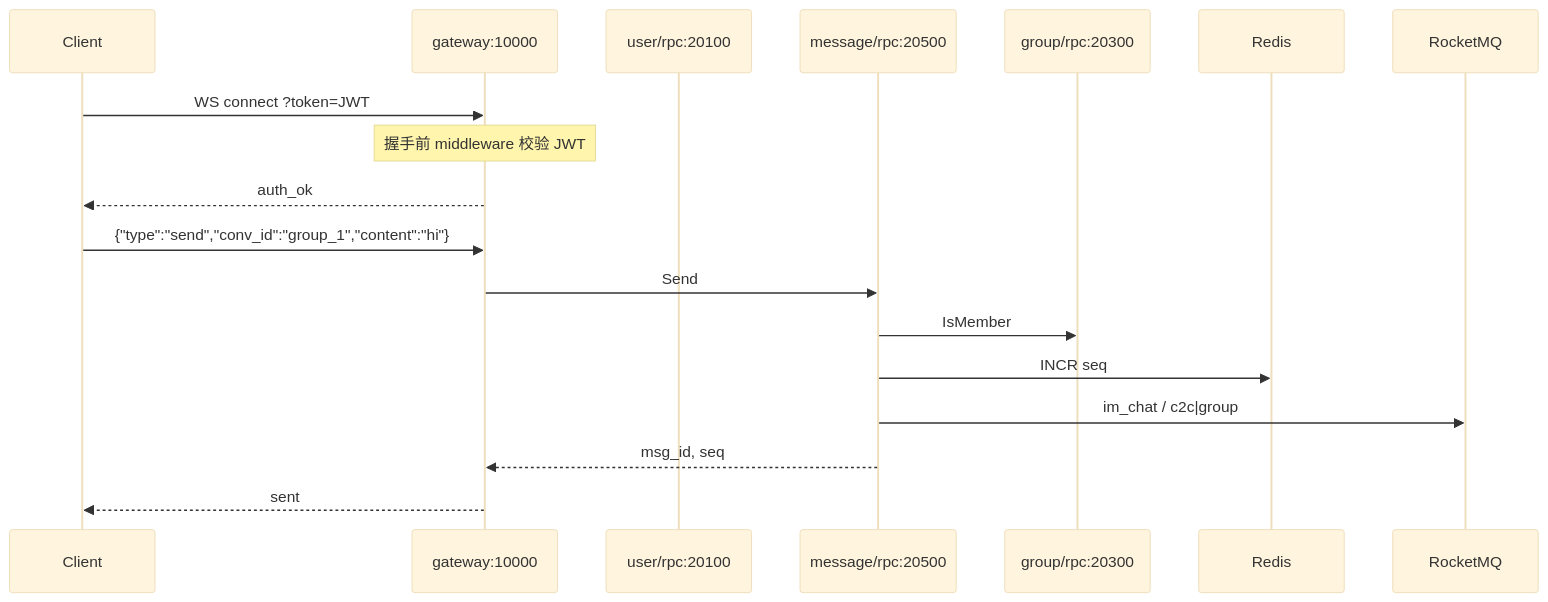
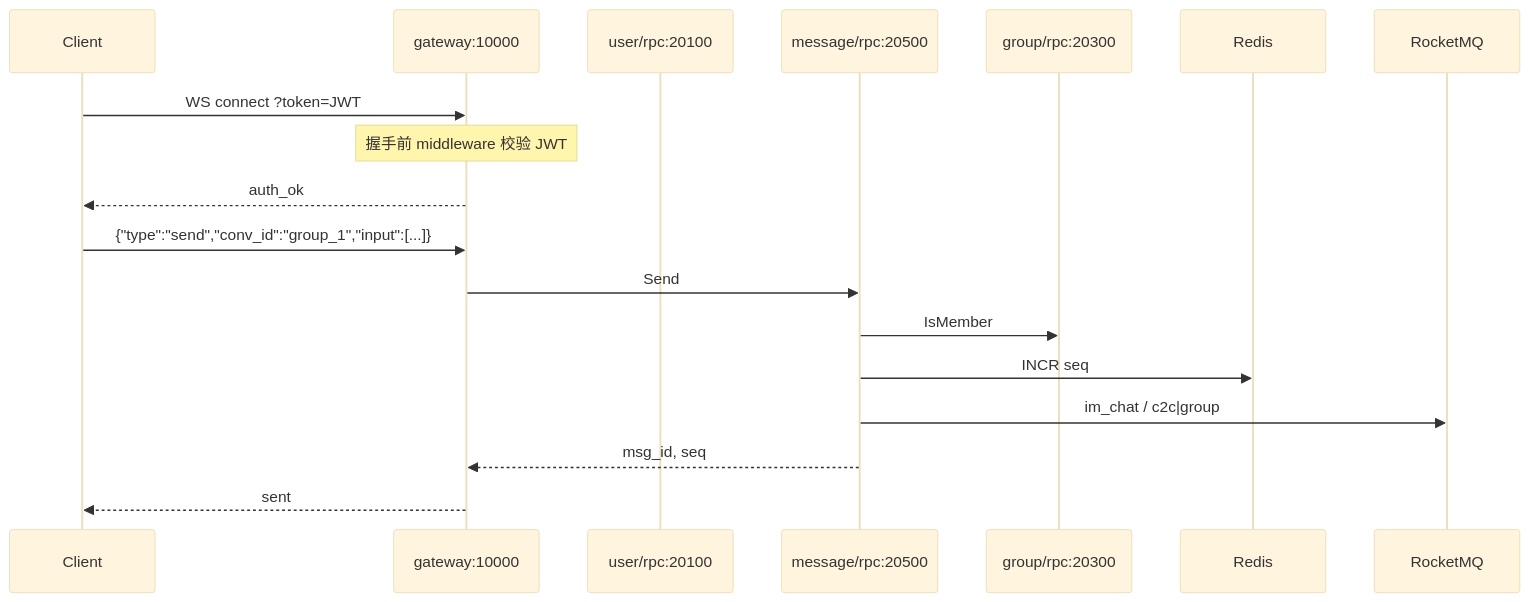
One commit to AlbertChenshiqi/im changed the third of 6 diagrams in README.md. Above: the diagram before and after it, drawn with Mermaid (base theme). The commit also changed other lines of this file and 147 other files, not shown here.

````diff
--- a/README.md
+++ b/README.md
@@ -158,22 +161,22 @@
 ```mermaid
 sequenceDiagram
   participant C as Client
   participant GW as gateway:10000
   participant URPC as user/rpc:20100
   participant MRPC as message/rpc:20500
   participant GRPC as group/rpc:20300
   participant Redis as Redis
   participant RMQ as RocketMQ
 
   C->>GW: WS connect ?token=JWT
   Note over GW: 握手前 middleware 校验 JWT
   GW-->>C: auth_ok
 
-  C->>GW: {"type":"send","conv_id":"group_1","content":"hi"}
+  C->>GW: {"type":"send","conv_id":"group_1","input":[...]}
   GW->>MRPC: Send
   MRPC->>GRPC: IsMember
   MRPC->>Redis: INCR seq
   MRPC->>RMQ: im_chat / c2c|group
   MRPC-->>GW: msg_id, seq
   GW-->>C: sent
 ```
````
